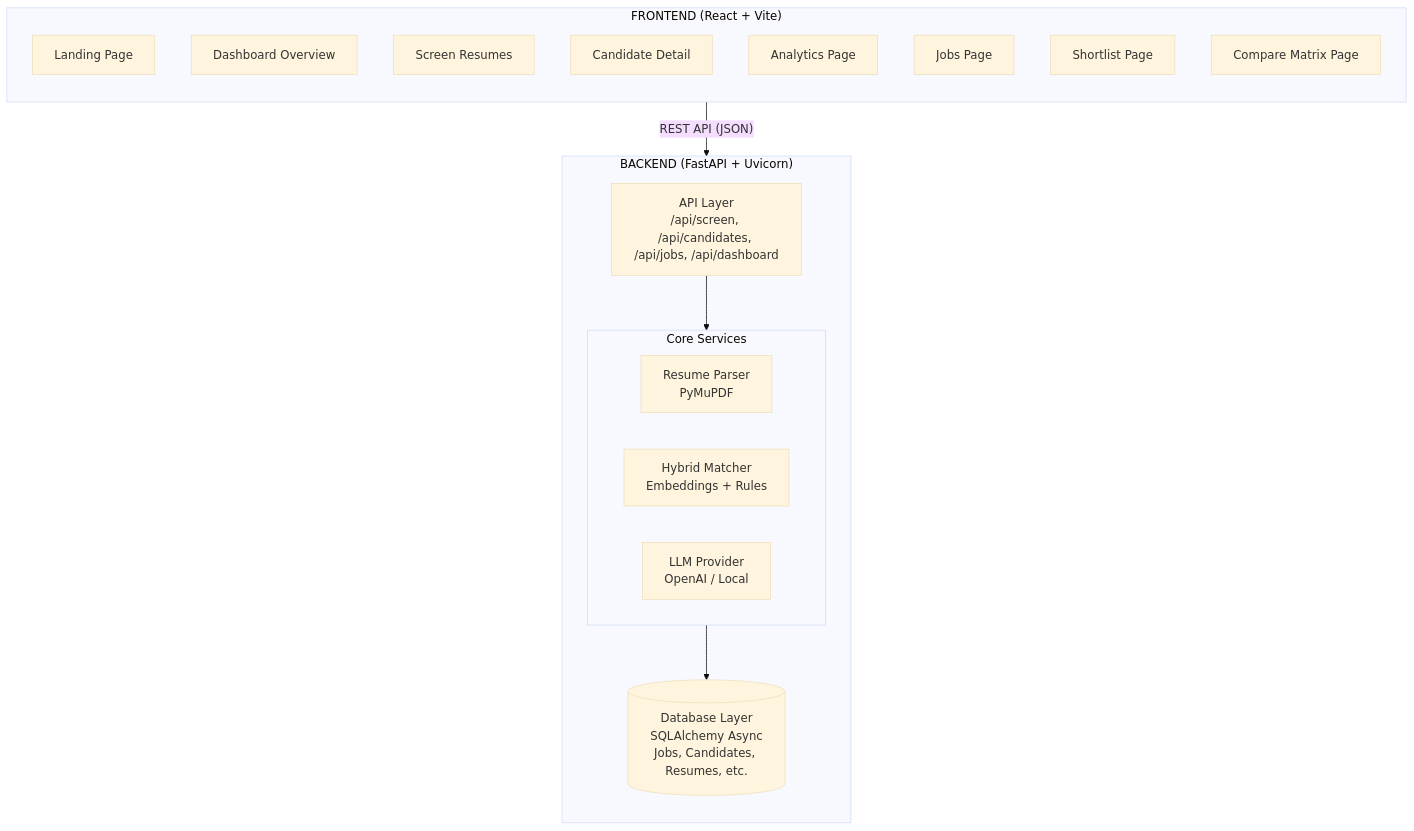
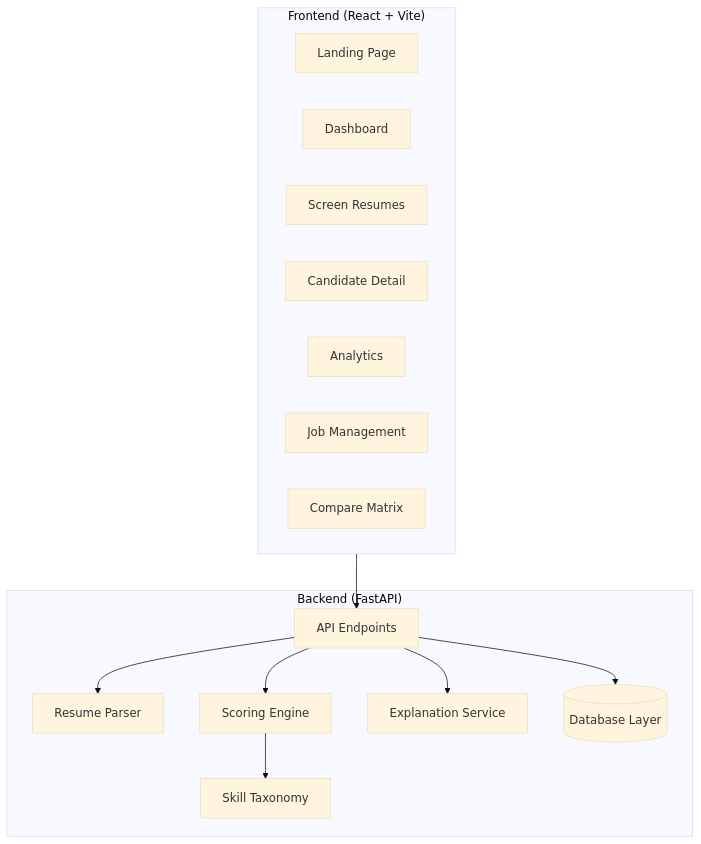
The diagram in README.md (SaiPraneeth-E/Resume-Screening-Website), drawn with Mermaid (base theme) before and after one commit. The commit also changed other lines of this file and 13 other files, not shown here.

````diff
--- a/README.md
+++ b/README.md
@@ -92,33 +58,28 @@
 ```mermaid
 flowchart TD
-    subgraph Frontend["FRONTEND (React + Vite)"]
-        direction TB
-        L[Landing Page]
-        D[Dashboard Overview]
-        S[Screen Resumes]
-        C[Candidate Detail]
-        A[Analytics Page]
-        J[Jobs Page]
-        SH[Shortlist Page]
-        CM[Compare Matrix Page]
+    subgraph Frontend["Frontend (React + Vite)"]
+        Landing[Landing Page]
+        Dash[Dashboard]
+        Screen[Screen Resumes]
+        Cand[Candidate Detail]
+        Analytics[Analytics]
+        Jobs[Job Management]
+        Compare[Compare Matrix]
     end
 
-    subgraph Backend["BACKEND (FastAPI + Uvicorn)"]
-        direction TB
-        API[API Layer<br>/api/screen, /api/candidates, /api/jobs, /api/dashboard]
-        
-        subgraph Services["Core Services"]
-            direction LR
-            RP[Resume Parser<br>PyMuPDF]
-            HM[Hybrid Matcher<br>Embeddings + Rules]
-            LLM[LLM Provider<br>OpenAI / Local]
-        end
-        
-        DB[(Database Layer<br>SQLAlchemy Async<br>Jobs, Candidates, Resumes, etc.)]
-        
-        API --> Services
-        Services --> DB
+    subgraph Backend["Backend (FastAPI)"]
+        API[API Endpoints]
+        Parser[Resume Parser]
+        Matcher[Scoring Engine]
+        Taxonomy[Skill Taxonomy]
+        LLM[Explanation Service]
+        DB[(Database Layer)]
     end
 
-    Frontend -- "REST API (JSON)" --> Backend
+    Frontend --> API
+    API --> Parser
+    API --> Matcher
+    Matcher --> Taxonomy
+    API --> LLM
+    API --> DB
 ```
````
